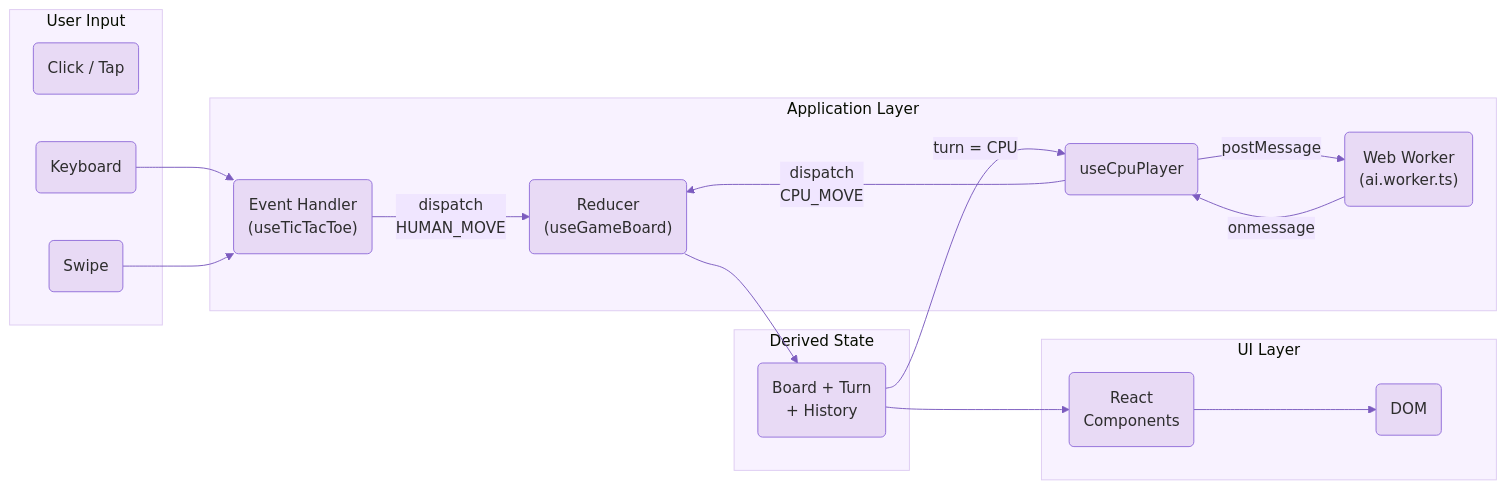
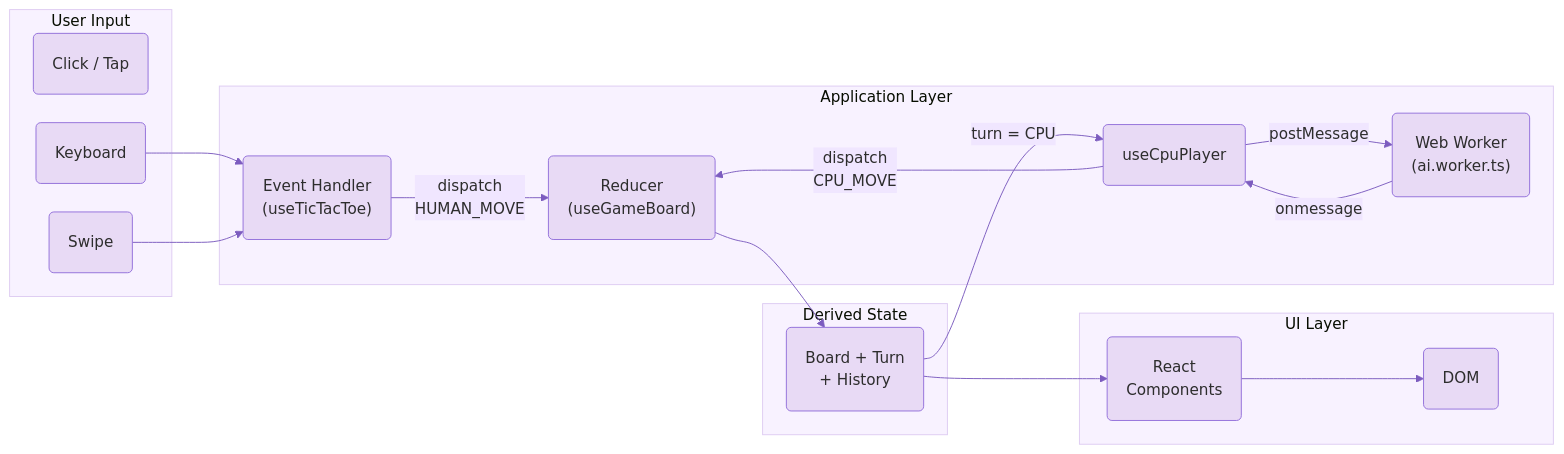
One commit to scottdreinhart/tictactoe changed the third of 9 diagrams in README.md. Above: the diagram before and after it, drawn with Mermaid. The commit also changed other lines of this file, not shown here.

Commit message:
docs: add padding, spacing, and htmlLabels to all Mermaid diagrams

````diff
--- a/README.md
+++ b/README.md
@@ -446,36 +446,36 @@
 ```mermaid
-%%{init: {'theme': 'base', 'themeVariables': {'primaryColor': '#e8daf5', 'primaryTextColor': '#2d2d2d', 'primaryBorderColor': '#9370DB', 'lineColor': '#7c5cbf', 'secondaryColor': '#f0e6ff', 'tertiaryColor': '#f8f2ff', 'fontFamily': 'system-ui'}}}%%
+%%{init: {'theme': 'base', 'themeVariables': {'primaryColor': '#e8daf5', 'primaryTextColor': '#2d2d2d', 'primaryBorderColor': '#9370DB', 'lineColor': '#7c5cbf', 'secondaryColor': '#f0e6ff', 'tertiaryColor': '#f8f2ff', 'fontFamily': 'system-ui'}, 'flowchart': {'nodeSpacing': 30, 'rankSpacing': 50, 'padding': 20, 'htmlLabels': true}}}%%
 flowchart LR
   subgraph Input["User Input"]
     click("Click / Tap")
     key("Keyboard")
     swipe("Swipe")
   end
 
   subgraph Hooks["Application Layer"]
     handler("Event Handler<br/>(useTicTacToe)")
     reducer("Reducer<br/>(useGameBoard)")
     cpu("useCpuPlayer")
     worker("Web Worker<br/>(ai.worker.ts)")
   end
 
   subgraph State["Derived State"]
     raw("Board + Turn<br/>+ History")
   end
 
   subgraph Render["UI Layer"]
     comp("React<br/>Components")
     dom("DOM")
   end
 
   click --> handler
   key --> handler
   swipe --> handler
   handler -->|"dispatch<br/>HUMAN_MOVE"| reducer
   reducer --> raw
   raw -->|"turn = CPU"| cpu
   cpu -->|postMessage| worker
   worker -->|onmessage| cpu
   cpu -->|"dispatch<br/>CPU_MOVE"| reducer
   raw --> comp --> dom
 ```
````
